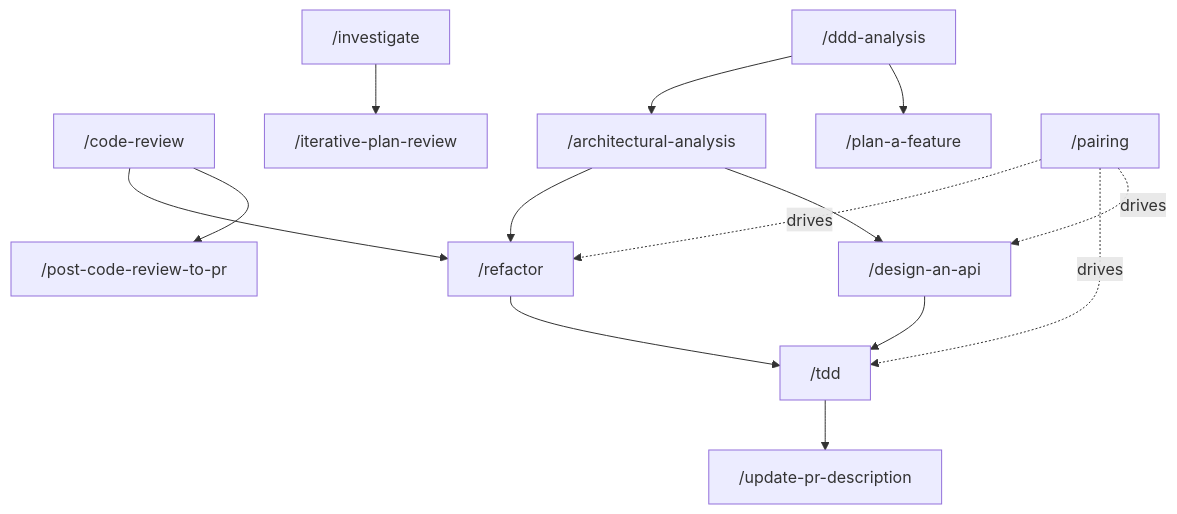
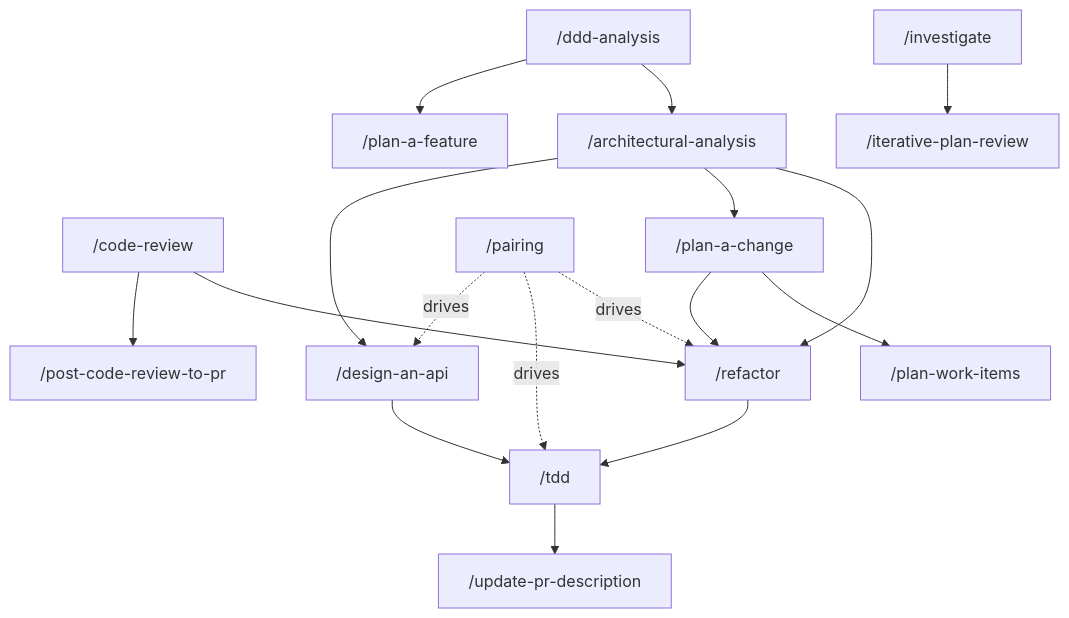
The third of 5 diagrams in docs/workflows.md (testdouble/han), drawn with Mermaid before and after one commit. The commit also changed other lines of this file and 17 other files, not shown here.

````diff
--- a/docs/workflows.md
+++ b/docs/workflows.md
@@ -87,16 +87,19 @@
 ```mermaid
 flowchart TD
     review["/code-review"] --> refactor["/refactor"]
     arch["/architectural-analysis"] --> refactor
+    arch --> change["/plan-a-change"]
+    change --> items["/plan-work-items"]
+    change --> refactor
     arch --> design["/design-an-api"]
     design --> tdd["/tdd"]
     review --> pr["/post-code-review-to-pr"]
     refactor --> tdd
     tdd --> prdesc["/update-pr-description"]
     investigate["/investigate"] --> iterate["/iterative-plan-review"]
     ddd["/ddd-analysis"] --> arch
     ddd --> feature["/plan-a-feature"]
     pairing["/pairing"] -.drives.-> refactor
     pairing -.drives.-> tdd
     pairing -.drives.-> design
 ```
````
